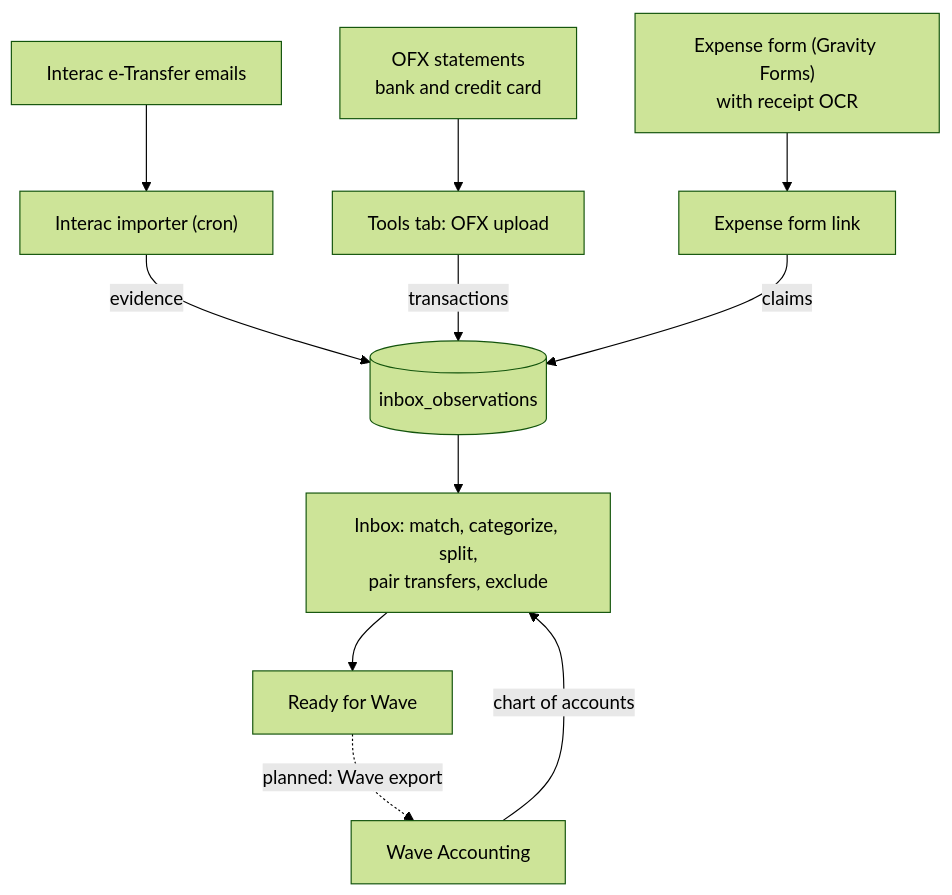
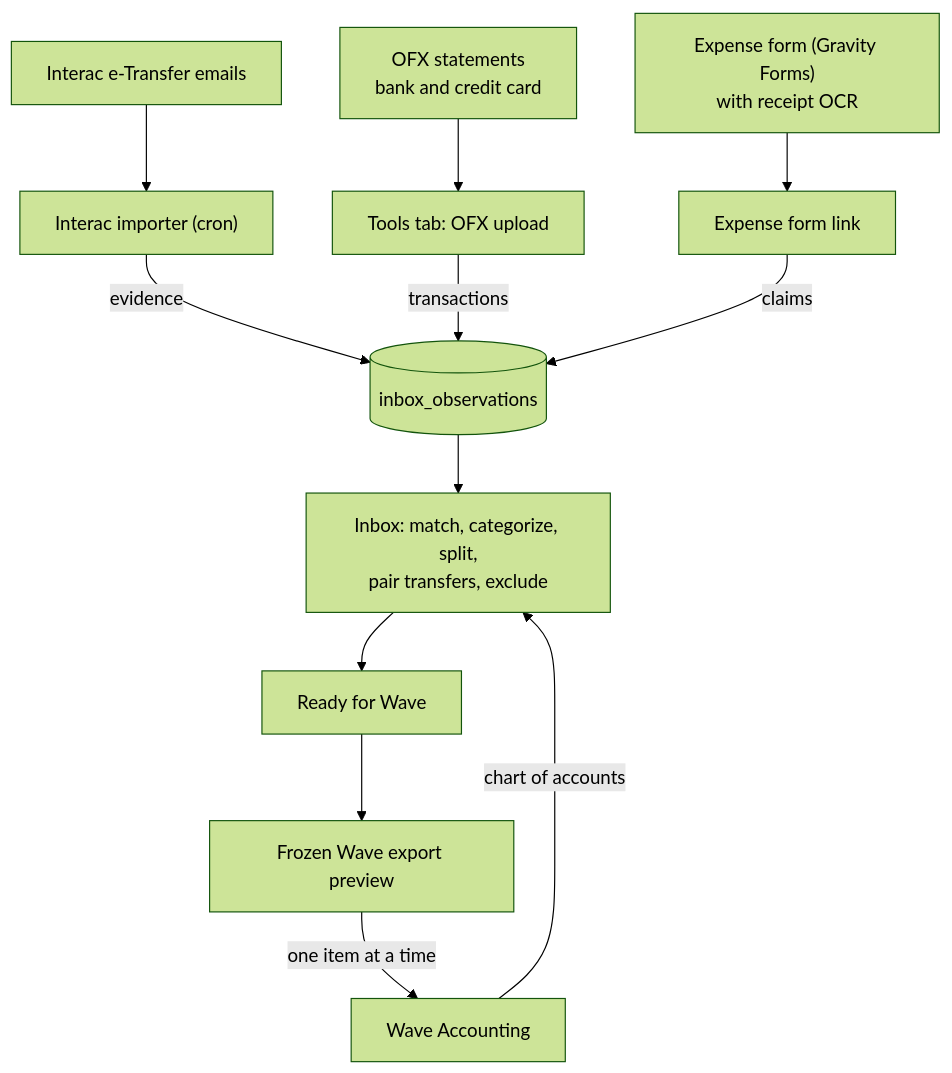
Before and after one commit to kapn1966/scout-accounting-toolkit: the diagram in README.md, drawn with Mermaid (forest theme). The commit also changed other lines of this file and 17 other files, not shown here.

Commit message:
Implement Wave export preview workflow

````diff
--- a/README.md
+++ b/README.md
@@ -16,15 +16,16 @@
 ```mermaid
 flowchart TB
     MAIL["Interac e-Transfer emails"] --> IMAP["Interac importer (cron)"]
     OFX["OFX statements<br/>bank and credit card"] --> UP["Tools tab: OFX upload"]
     FORM["Expense form (Gravity Forms)<br/>with receipt OCR"] --> GF["Expense form link"]
 
     IMAP -- evidence --> OBS[("inbox_observations")]
     UP -- transactions --> OBS
     GF -- claims --> OBS
 
     OBS --> INBOX["Inbox: match, categorize, split,<br/>pair transfers, exclude"]
     INBOX --> RDY["Ready for Wave"]
-    RDY -. "planned: Wave export" .-> WAVE["Wave Accounting"]
+    RDY --> PREVIEW["Frozen Wave export preview"]
+    PREVIEW -- "one item at a time" --> WAVE["Wave Accounting"]
     WAVE -- "chart of accounts" --> INBOX
 ```
````
